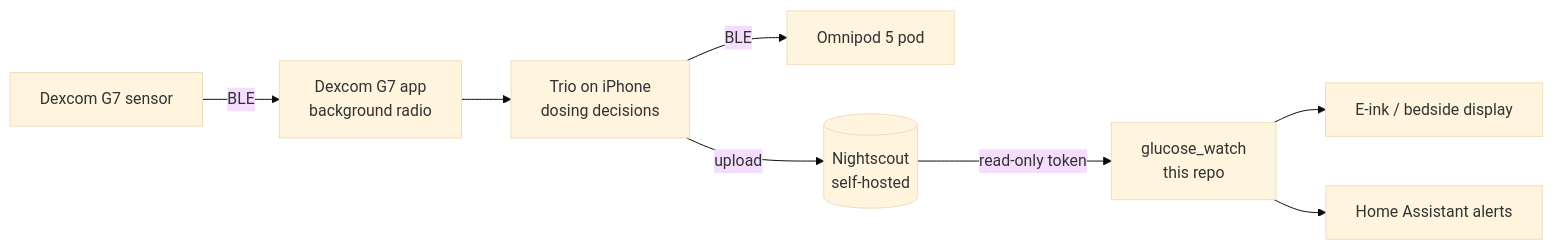
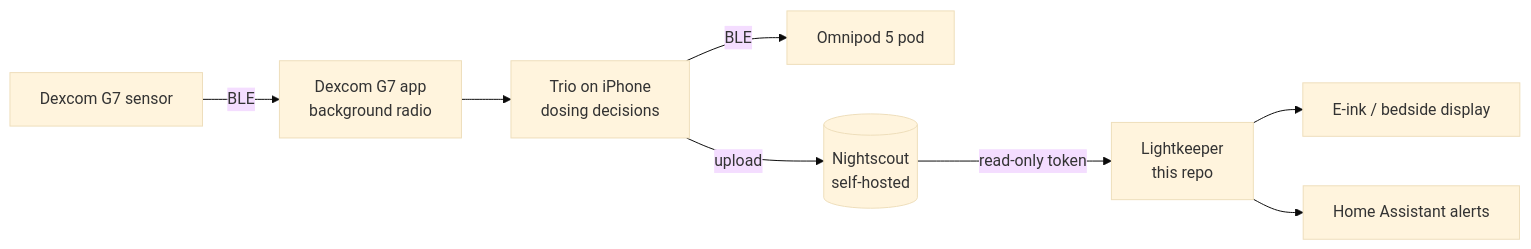
One commit to esanacore/lightkeeper changed the diagram in README.md. Above: the diagram before and after it, drawn with Mermaid (base theme). The commit also changed other lines of this file and 39 other files, not shown here.

````diff
--- a/README.md
+++ b/README.md
@@ -22,10 +22,10 @@
 ```mermaid
 flowchart LR
     G7[Dexcom G7 sensor] -- BLE --> DexApp[Dexcom G7 app<br/>background radio]
     DexApp --> Trio[Trio on iPhone<br/>dosing decisions]
     Trio -- BLE --> Pod[Omnipod 5 pod]
     Trio -- upload --> NS[(Nightscout<br/>self-hosted)]
-    NS -- read-only token --> GW[glucose_watch<br/>this repo]
-    GW --> Eink[E-ink / bedside display]
-    GW --> HA[Home Assistant alerts]
+    NS -- read-only token --> LK[Lightkeeper<br/>this repo]
+    LK --> Eink[E-ink / bedside display]
+    LK --> HA[Home Assistant alerts]
 ```
````
